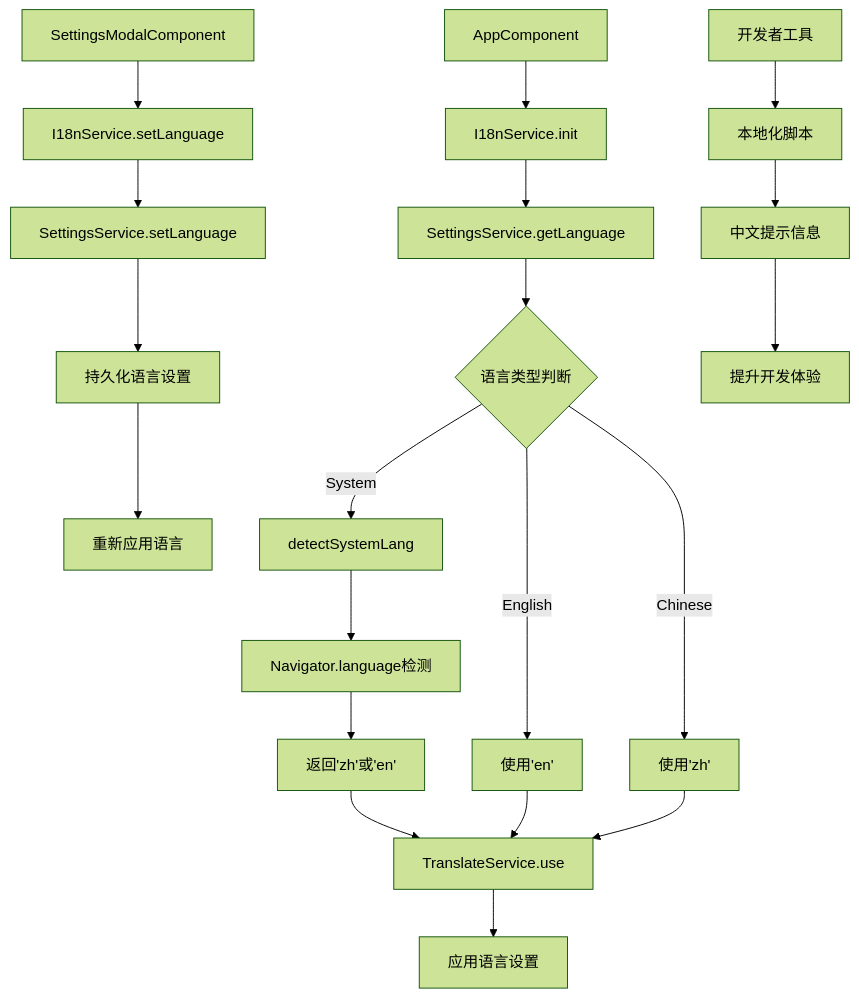
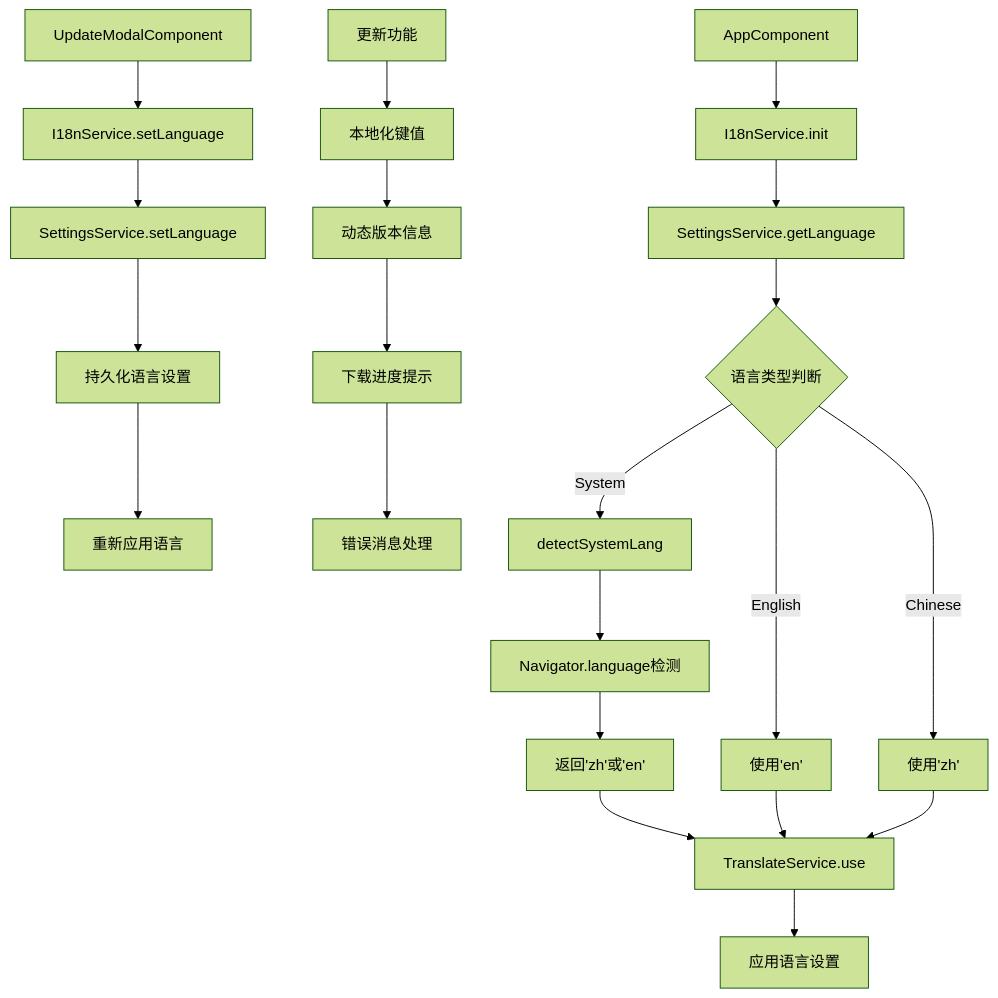
The second of 12 diagrams in .qoder/repowiki/zh/content/核心功能模块/国际化系统.md (tea4go/Macro-Deck-Client-App), drawn with Mermaid (forest theme) before and after one commit. The commit also changed other lines of this file and 37 other files, not shown here.

````diff
--- a/.qoder/repowiki/zh/content/核心功能模块/国际化系统.md
+++ b/.qoder/repowiki/zh/content/核心功能模块/国际化系统.md
@@ -113,22 +120,23 @@
 ```mermaid
 graph TD
 A[AppComponent] --> B[I18nService.init]
 B --> C[SettingsService.getLanguage]
 C --> D{语言类型判断}
 D --> |System| E[detectSystemLang]
 D --> |English| F[使用'en']
 D --> |Chinese| G[使用'zh']
 E --> H[Navigator.language检测]
 H --> I[返回'zh'或'en']
 F --> J[TranslateService.use]
 G --> J
 I --> J
 J --> K[应用语言设置]
-L[SettingsModalComponent] --> M[I18nService.setLanguage]
+L[UpdateModalComponent] --> M[I18nService.setLanguage]
 M --> N[SettingsService.setLanguage]
 N --> O[持久化语言设置]
 O --> P[重新应用语言]
-Q[开发者工具] --> R[本地化脚本]
-R --> S[中文提示信息]
-S --> T[提升开发体验]
+Q[更新功能] --> R[本地化键值]
+R --> S[动态版本信息]
+S --> T[下载进度提示]
+T --> U[错误消息处理]
 ```
````
